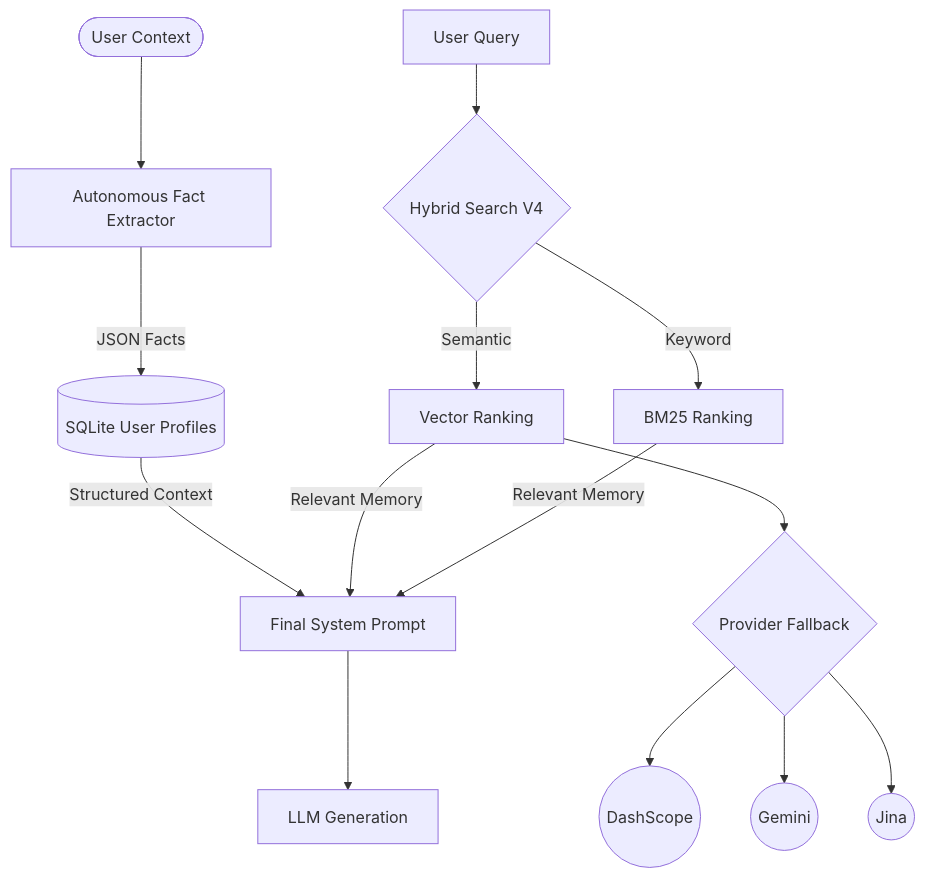
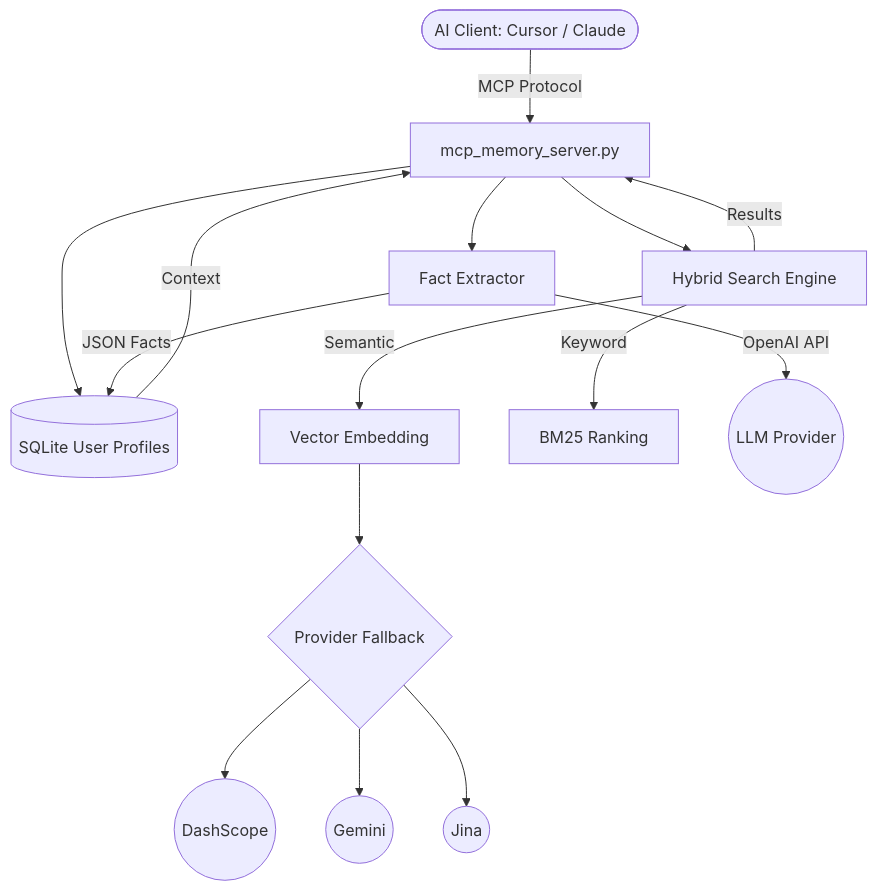
The diagram in README.md (sunhonghua1/Ninetail-Fox-Memory-), drawn with Mermaid before and after one commit. The commit also changed other lines of this file and 4 other files, not shown here.

Commit message:
MCP Plugin v4.0: Production hardening — 7 tools, error handling, real LLM wiring, pyproject.toml

````diff
--- a/README.md
+++ b/README.md
@@ -186,20 +81,22 @@
 ```mermaid
 graph TD
-    User([User Context]) --> Consolidator[Autonomous Fact Extractor]
-    Consolidator -->|JSON Facts| Profiles[(SQLite User Profiles)]
+    Client([AI Client: Cursor / Claude]) -->|MCP Protocol| Server[mcp_memory_server.py]
     
-    Query[User Query] --> SearchEngine{Hybrid Search V4}
+    Server --> Search[Hybrid Search Engine]
+    Server --> Profiles[(SQLite User Profiles)]
+    Server --> Extractor[Fact Extractor]
     
-    SearchEngine -->|Semantic| Embed[Vector Ranking]
-    SearchEngine -->|Keyword| BM25[BM25 Ranking]
+    Search -->|Semantic| Embed[Vector Embedding]
+    Search -->|Keyword| BM25[BM25 Ranking]
     
     Embed --> Fallback{Provider Fallback}
     Fallback --> DS((DashScope))
     Fallback --> GG((Gemini))
     Fallback --> JN((Jina))
     
-    Profiles -->|Structured Context| Prompt[Final System Prompt]
-    Embed & BM25 -->|Relevant Memory| Prompt
+    Extractor -->|OpenAI API| LLM((LLM Provider))
+    Extractor -->|JSON Facts| Profiles
     
-    Prompt --> LLM[LLM Generation]
+    Profiles -->|Context| Server
+    Search -->|Results| Server
 ```
````
